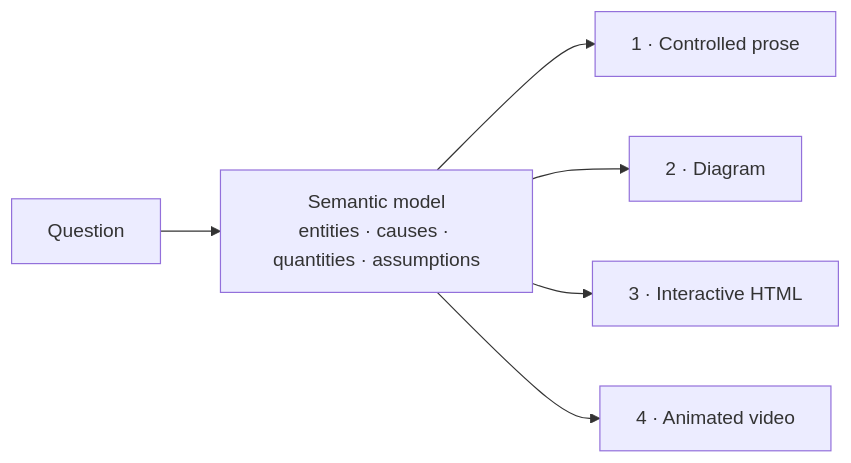
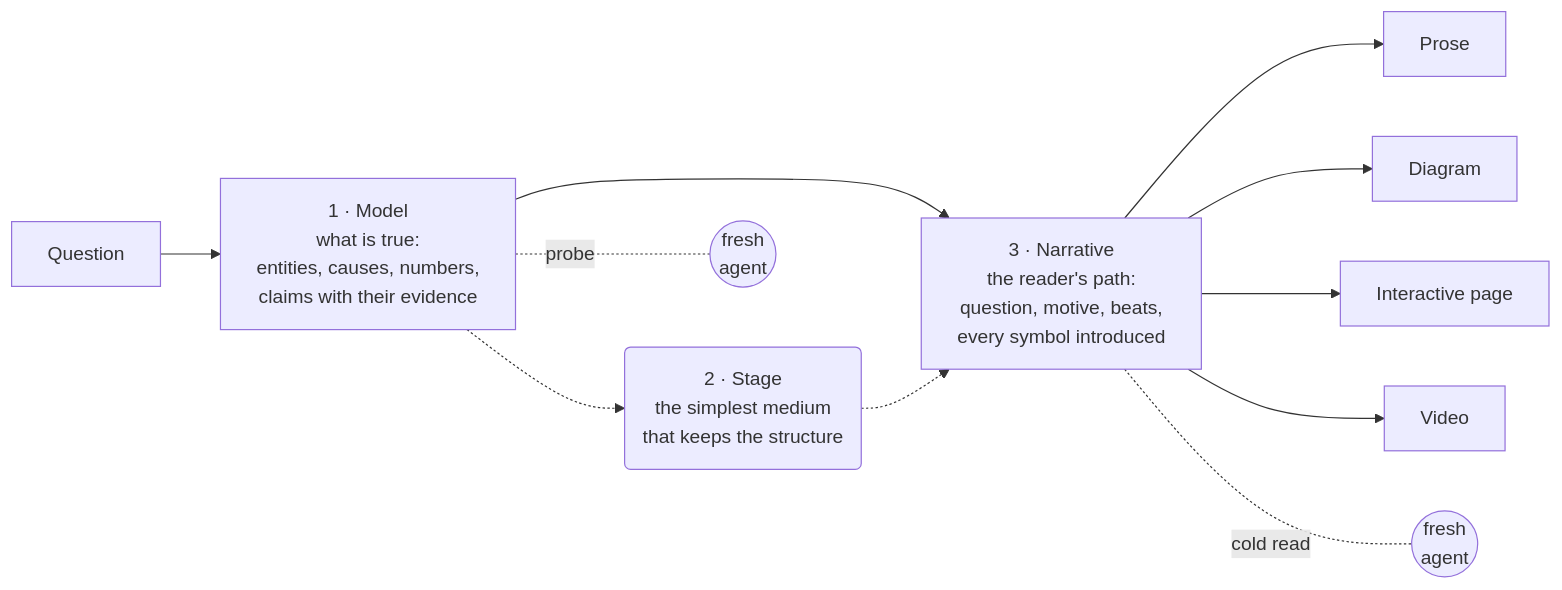
Before and after one commit to ifrit98/Explainer: the diagram in README.md, drawn with Mermaid. The commit also changed other lines of this file and 51 other files, not shown here.

````diff
--- a/README.md
+++ b/README.md
@@ -32,8 +49,13 @@
 ```mermaid
 flowchart LR
-    Q[Question] --> M["Semantic model<br/>entities · causes · quantities · assumptions"]
-    M --> P["1 · Controlled prose"]
-    M --> D["2 · Diagram"]
-    M --> H["3 · Interactive HTML"]
-    M --> V["4 · Animated video"]
+    Q[Question] --> M["1 · Model<br/>what is true:<br/>entities, causes, numbers,<br/>claims with their evidence"]
+    M --> N["3 · Narrative<br/>the reader's path:<br/>question, motive, beats,<br/>every symbol introduced"]
+    M -.-> S("2 · Stage<br/>the simplest medium<br/>that keeps the structure")
+    S -.-> N
+    N --> P[Prose]
+    N --> D[Diagram]
+    N --> H[Interactive page]
+    N --> V[Video]
+    M -. "probe" .- PR(("fresh<br/>agent"))
+    N -. "cold read" .- CR(("fresh<br/>agent"))
 ```
````
